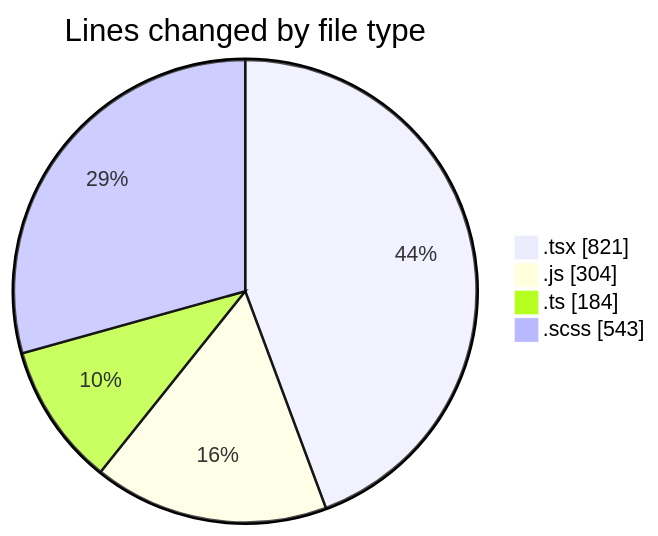
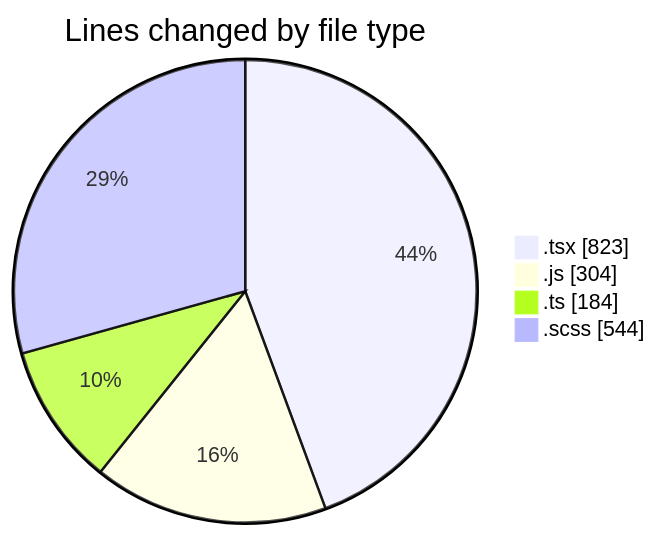
One commit to momahboobian/code-tracking changed the first of 2 diagrams in 2025-02-26/cda/README.md. Above: the diagram before and after it, drawn with Mermaid. The commit also changed other lines of this file and 1 other file, not shown here.

````diff
--- a/2025-02-26/cda/README.md
+++ b/2025-02-26/cda/README.md
@@ -37,8 +37,8 @@
 ```mermaid
 pie showData
 title Lines changed by file type
-".tsx" : 821
+".tsx" : 823
 ".js" : 304
 ".ts" : 184
-".scss" : 543
+".scss" : 544
 ```
````
